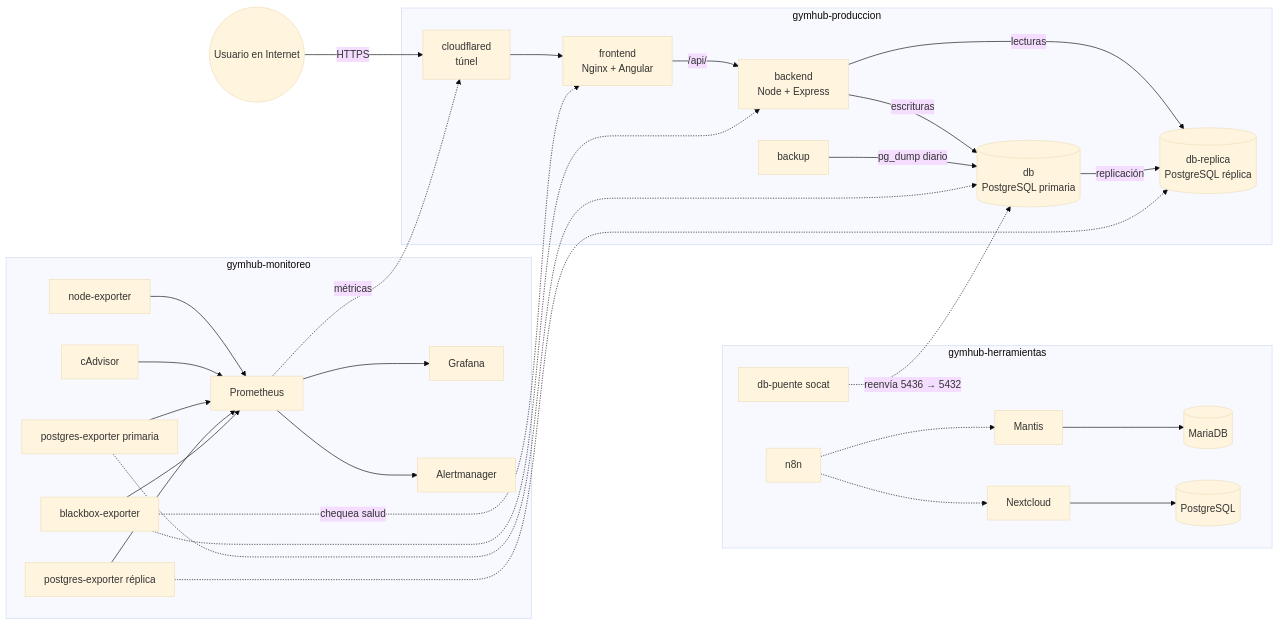
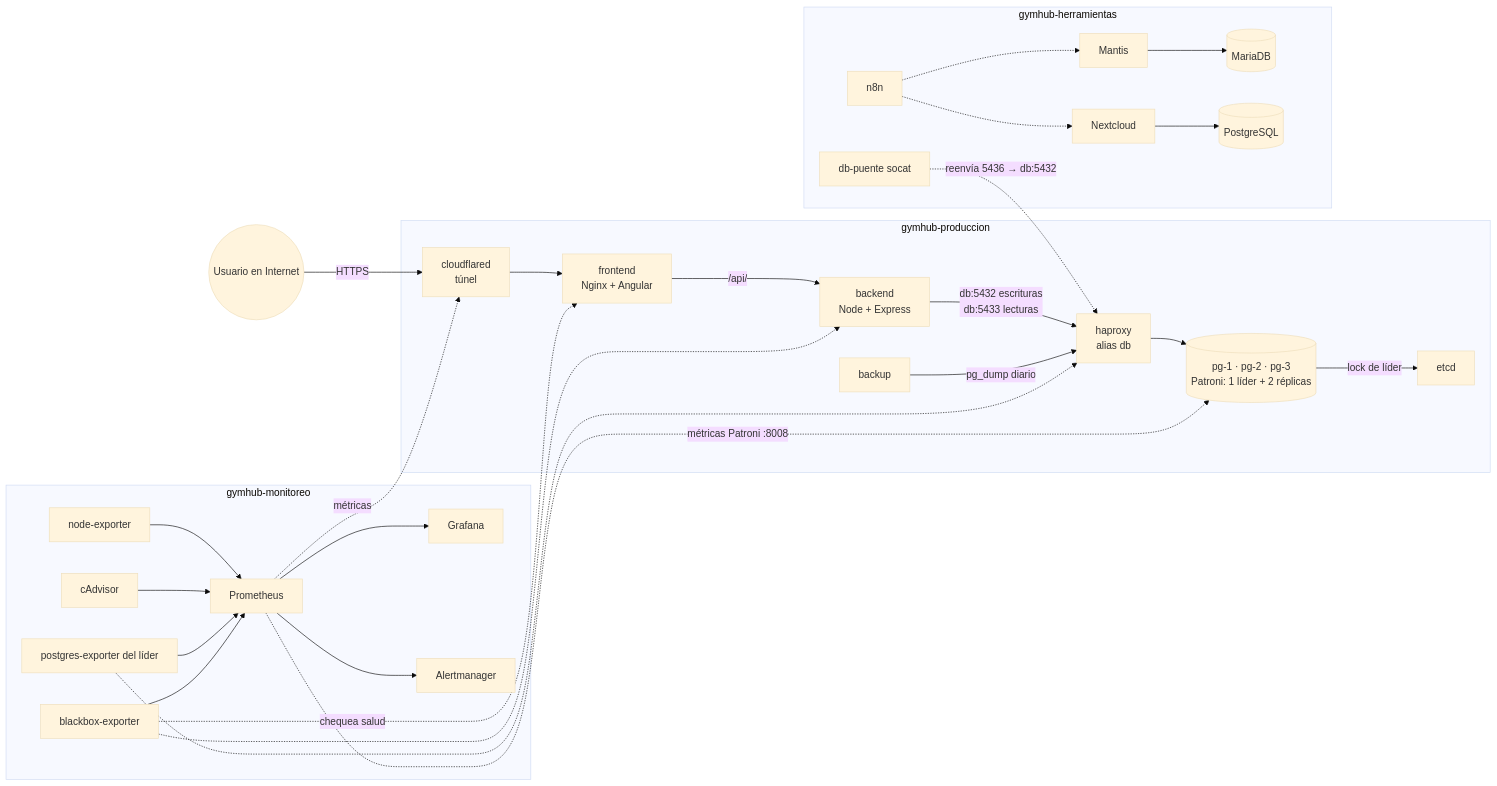
Before and after one commit to valentiniriar/proyecto_demo_hia: the first of 3 diagrams in CONTENEDORES.md, drawn with Mermaid (base theme). The commit also changed other lines of this file and 33 other files, not shown here.

````diff
--- a/CONTENEDORES.md
+++ b/CONTENEDORES.md
@@ -77,35 +77,34 @@
 ```mermaid
 flowchart LR
   U((Usuario en Internet)) -->|HTTPS| CF[cloudflared<br/>túnel]
   subgraph PROD[gymhub-produccion]
     CF --> FE[frontend<br/>Nginx + Angular]
     FE -->|/api/| BE[backend<br/>Node + Express]
-    BE -->|escrituras| DB[(db<br/>PostgreSQL primaria)]
-    BE -->|lecturas| RE[(db-replica<br/>PostgreSQL réplica)]
-    DB -->|replicación| RE
-    BK[backup] -->|pg_dump diario| DB
+    BE -->|"db:5432 escrituras<br/>db:5433 lecturas"| HA[haproxy<br/>alias db]
+    HA --> PG[(pg-1 · pg-2 · pg-3<br/>Patroni: 1 líder + 2 réplicas)]
+    PG -->|lock de líder| ET[etcd]
+    BK[backup] -->|pg_dump diario| HA
   end
   subgraph MON[gymhub-monitoreo]
     PR[Prometheus] --> GR[Grafana]
     PR --> AM[Alertmanager]
     NE[node-exporter] --> PR
     CA[cAdvisor] --> PR
-    PE1[postgres-exporter primaria] --> PR
-    PE2[postgres-exporter réplica] --> PR
+    PE1[postgres-exporter del líder] --> PR
     BB[blackbox-exporter] --> PR
   end
   subgraph HER[gymhub-herramientas]
     MA[Mantis] --> MADB[(MariaDB)]
     N8[n8n]
     NC[Nextcloud] --> NCDB[(PostgreSQL)]
     PU[db-puente socat]
   end
-  PE1 -.-> DB
-  PE2 -.-> RE
+  PE1 -.-> HA
+  PR -.->|métricas Patroni :8008| PG
   BB -.->|chequea salud| FE
   BB -.-> BE
   PR -.->|métricas| CF
-  PU -.->|reenvía 5436 → 5432| DB
+  PU -.->|reenvía 5436 → db:5432| HA
   N8 -.-> MA
   N8 -.-> NC
 ```
````
